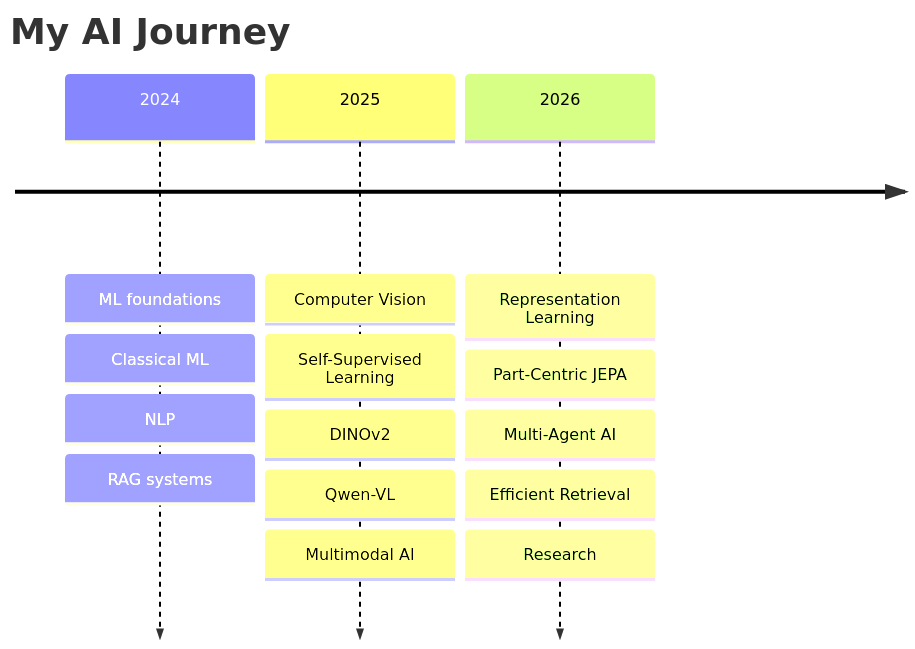
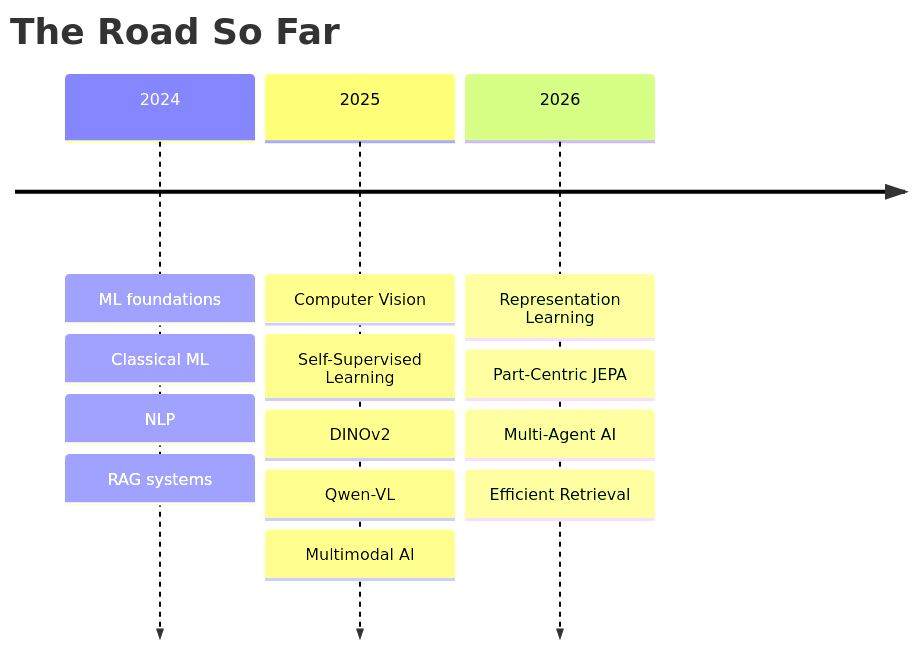
The diagram in README.md (23ME30056/23ME30056), drawn with Mermaid before and after one commit. The commit also changed other lines of this file, not shown here.

First line of the commit message:
Revise README with new research details and visuals

````diff
--- a/README.md
+++ b/README.md
@@ -358,21 +293,7 @@
 ```mermaid
 timeline
-    title My AI Journey
-
-    2024 : ML foundations
-         : Classical ML
-         : NLP
-         : RAG systems
-
-    2025 : Computer Vision
-         : Self-Supervised Learning
-         : DINOv2
-         : Qwen-VL
-         : Multimodal AI
-
-    2026 : Representation Learning
-         : Part-Centric JEPA
-         : Multi-Agent AI
-         : Efficient Retrieval
-         : Research
+    title The Road So Far
+    2024 : ML foundations : Classical ML : NLP : RAG systems
+    2025 : Computer Vision : Self-Supervised Learning : DINOv2 : Qwen-VL : Multimodal AI
+    2026 : Representation Learning : Part-Centric JEPA : Multi-Agent AI : Efficient Retrieval
 ```
````
